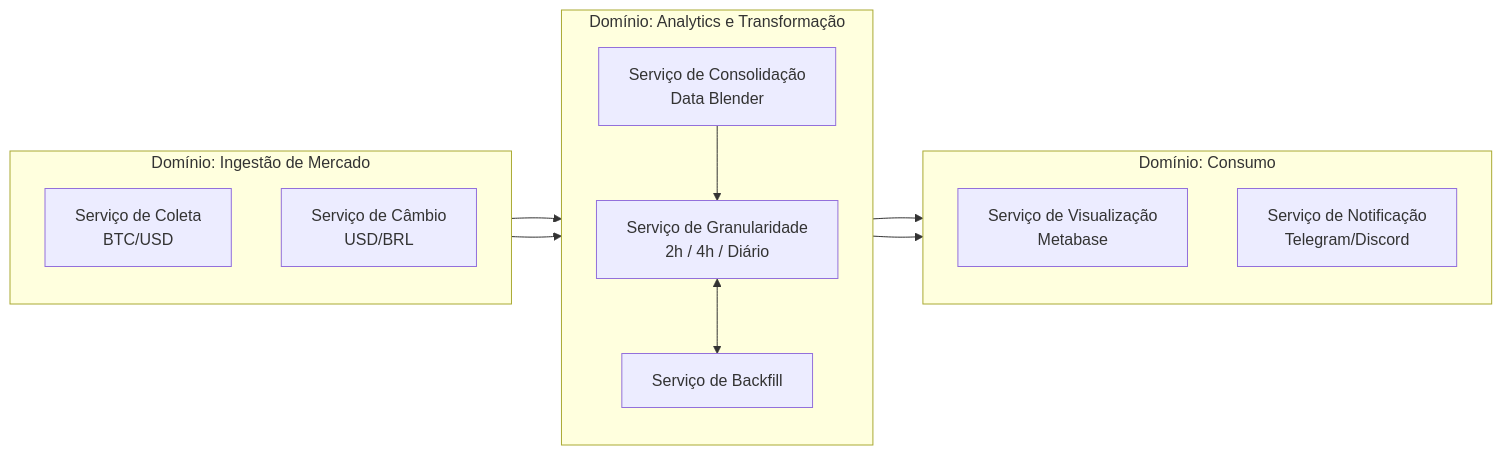
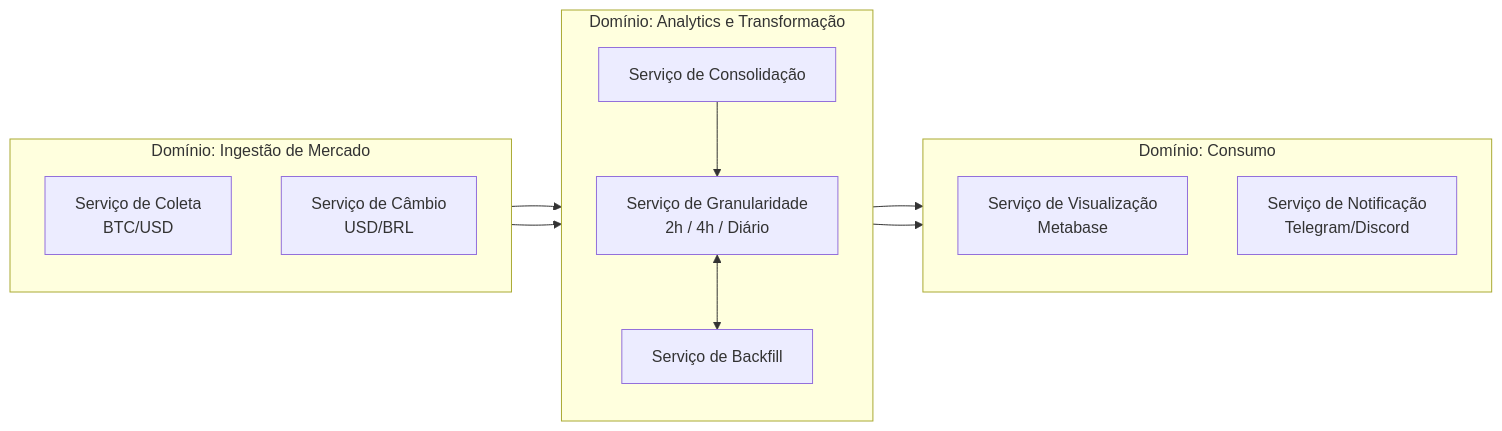
Before and after one commit to pietrapaz/btc-data-pipeline: the diagram in docs/03_dominios.md, drawn with Mermaid. The commit also changed other lines of this file, not shown here.

````diff
--- a/docs/03_dominios.md
+++ b/docs/03_dominios.md
@@ -32,27 +32,27 @@
 ```mermaid
 graph LR
     subgraph DOM_INGESTAO [Domínio: Ingestão de Mercado]
         direction TB
         S1[Serviço de Coleta<br/>BTC/USD]
         S2[Serviço de Câmbio<br/>USD/BRL]
     end
 
     subgraph DOM_ANALYTICS [Domínio: Analytics e Transformação]
         direction TB
-        T1[Serviço de Consolidação<br/>Data Blender]
+        T1[Serviço de Consolidação]
         T2[Serviço de Granularidade<br/>2h / 4h / Diário]
         T3[Serviço de Backfill]
     end
 
     subgraph DOM_CONSUMO [Domínio: Consumo]
         direction TB
         C1[Serviço de Visualização<br/>Metabase]
         C2[Serviço de Notificação<br/>Telegram/Discord]
     end
 
     %% Fluxo de Dados
     S1 & S2 --> T1
     T1 --> T2
     T2 <--> T3
     T2 --> C1 & C2
 ```
````
